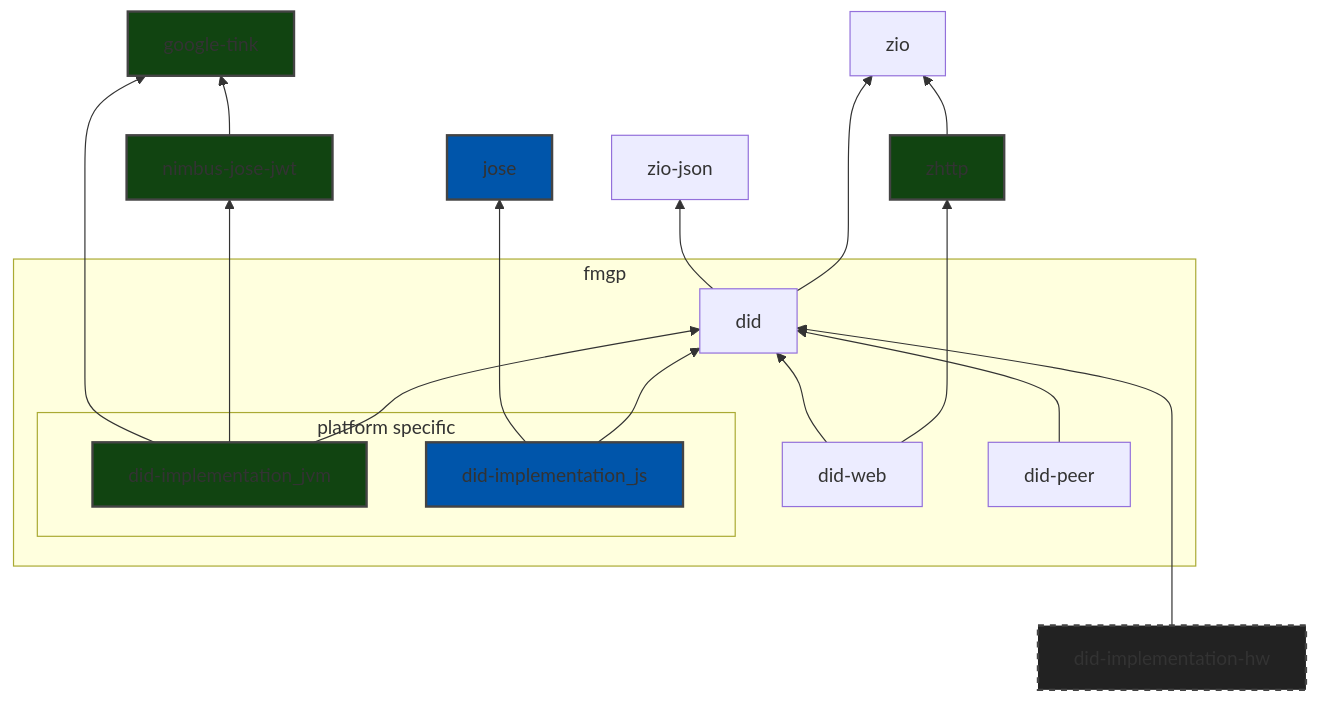
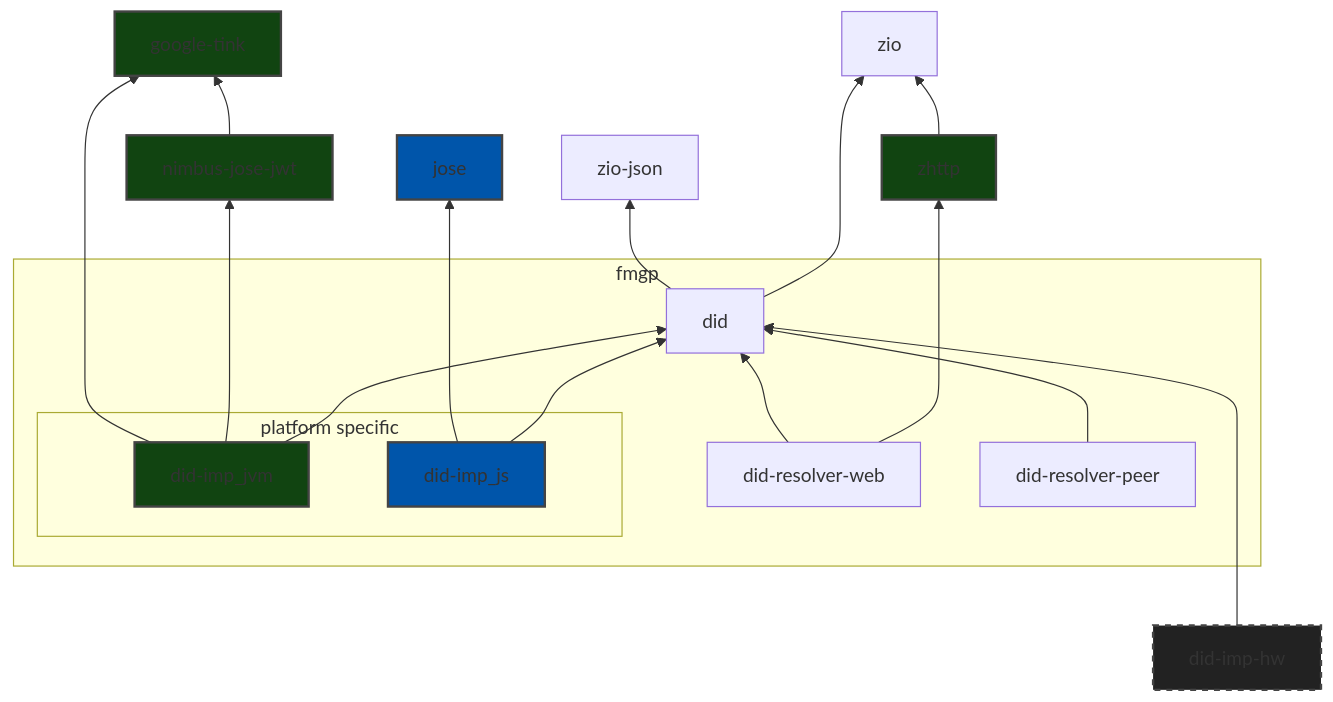
The diagram in README.md (hyperledger/identus-mediator), drawn with Mermaid before and after one commit. The commit also changed other lines of this file, not shown here.

Commit message:
Review the Project Structure Graph

````diff
--- a/README.md
+++ b/README.md
@@ -11,38 +11,34 @@
 ```mermaid
 flowchart BT
 
   did --> zio
   did --> zio-json
-  did-web ---> zhttp:::JVM
   zhttp --> zio
 
+  did-resolver-web ---> zhttp:::JVM
+  did-imp-hw:::Others ---> did
+
   subgraph fmgp
-    %%did-implementation[did-implementation\n]
-
     subgraph platform specific
-      did-implementation_jvm:::JVM
-      did-implementation_js:::JS
+      did-imp_jvm:::JVM
+      did-imp_js:::JS
     end
 
-    did-implementation_jvm:::JVM --> did
-    did-implementation_js:::JS --> did
+    did-imp_jvm:::JVM --> did
+    did-imp_js:::JS --> did
     
-    did-peer --> did
-    did-web --> did
+    did-resolver-peer --> did
+    did-resolver-web --> did
   end
   
-  
-  did-implementation_jvm:::JVM ---> nimbus-jose-jwt:::JVM --> google-tink:::JVM
-  did-implementation_jvm:::JVM ---> google-tink
+  did-imp_jvm:::JVM ---> nimbus-jose-jwt:::JVM --> google-tink:::JVM
+  did-imp_jvm:::JVM ---> google-tink
 
-  did-implementation_js ---> jose:::JS 
-
-
-  did-implementation-hw:::Others ---> did
+  did-imp_js ---> jose:::JS
 
 
   classDef JVM fill:#141,stroke:#444,stroke-width:2px;
   classDef JS fill:#05a,stroke:#444,stroke-width:2px;
   classDef Others fill:#222,stroke:#444,stroke-width:2px,stroke-dasharray: 5 5;
 
 ```
````
